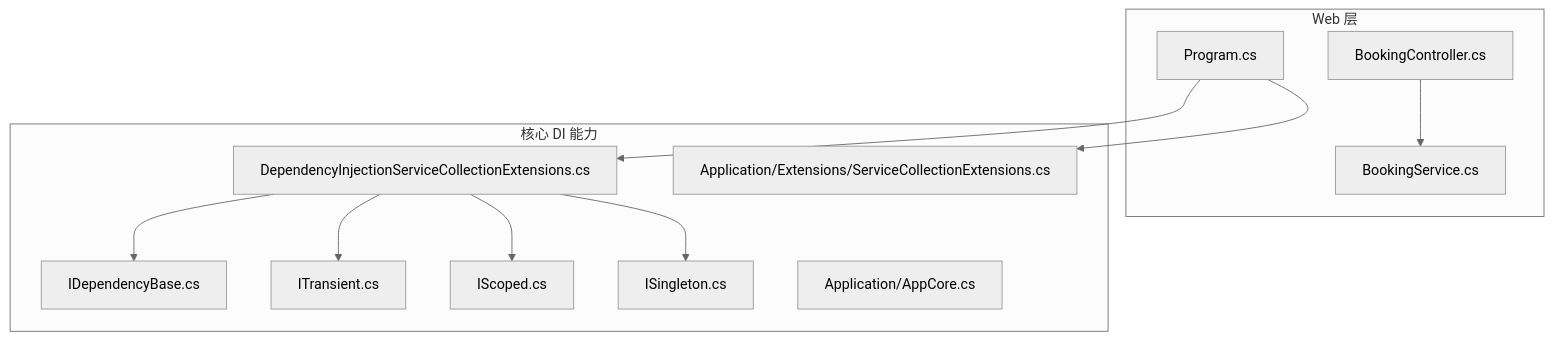
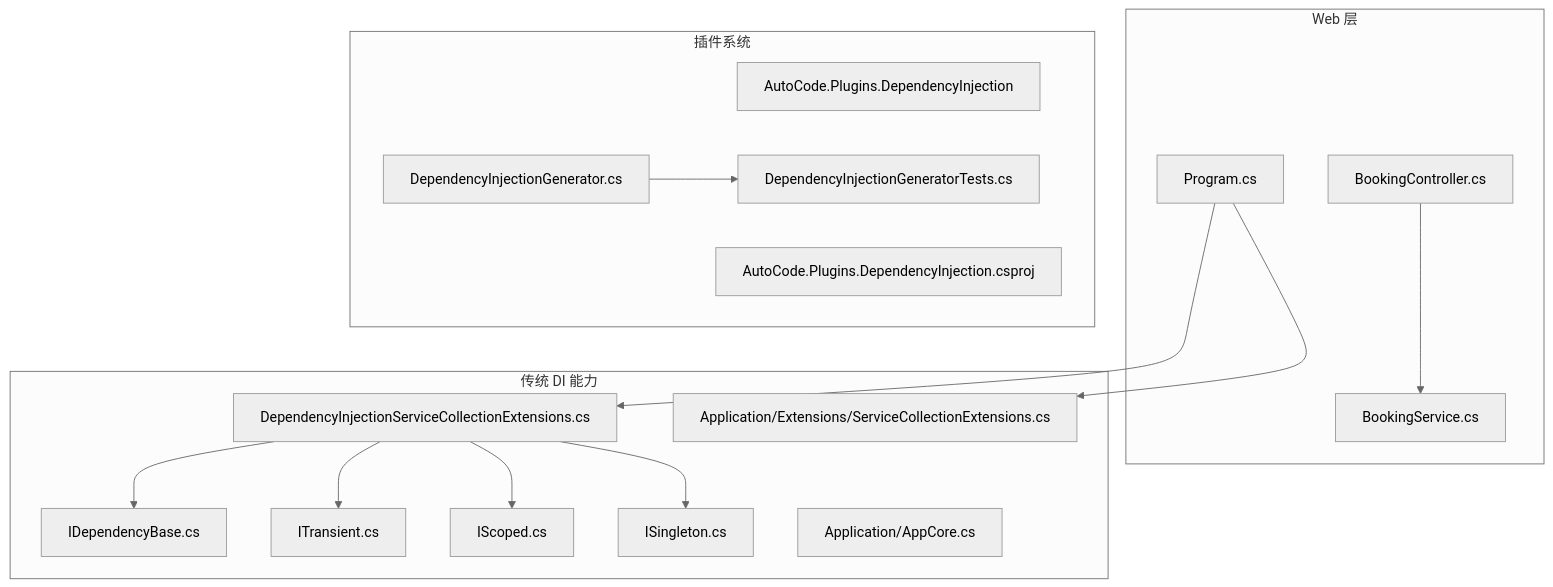
The first of 8 diagrams in .qoder/repowiki/zh/content/核心概念/依赖注入集成.md (alivy/AutoCode), drawn with Mermaid (neutral theme) before and after one commit. The commit also changed other lines of this file and 279 other files, not shown here.

````diff
--- a/.qoder/repowiki/zh/content/核心概念/依赖注入集成.md
+++ b/.qoder/repowiki/zh/content/核心概念/依赖注入集成.md
@@ -40,24 +53,31 @@
 ```mermaid
 graph TB
 subgraph "Web 层"
 P["Program.cs"]
 C["BookingController.cs"]
 S["BookingService.cs"]
 end
-subgraph "核心 DI 能力"
+subgraph "传统 DI 能力"
 Ext["DependencyInjectionServiceCollectionExtensions.cs"]
 Base["IDependencyBase.cs"]
 T["ITransient.cs"]
 Sc["IScoped.cs"]
 Si["ISingleton.cs"]
 AppExt["Application/Extensions/ServiceCollectionExtensions.cs"]
 AppCore["Application/AppCore.cs"]
 end
+subgraph "插件系统"
+Plugin["AutoCode.Plugins.DependencyInjection"]
+Gen["DependencyInjectionGenerator.cs"]
+Proj["AutoCode.Plugins.DependencyInjection.csproj"]
+Test["DependencyInjectionGeneratorTests.cs"]
+end
 P --> Ext
 P --> AppExt
 C --> S
 Ext --> Base
 Ext --> T
 Ext --> Sc
 Ext --> Si
+Gen --> Test
 ```
````
